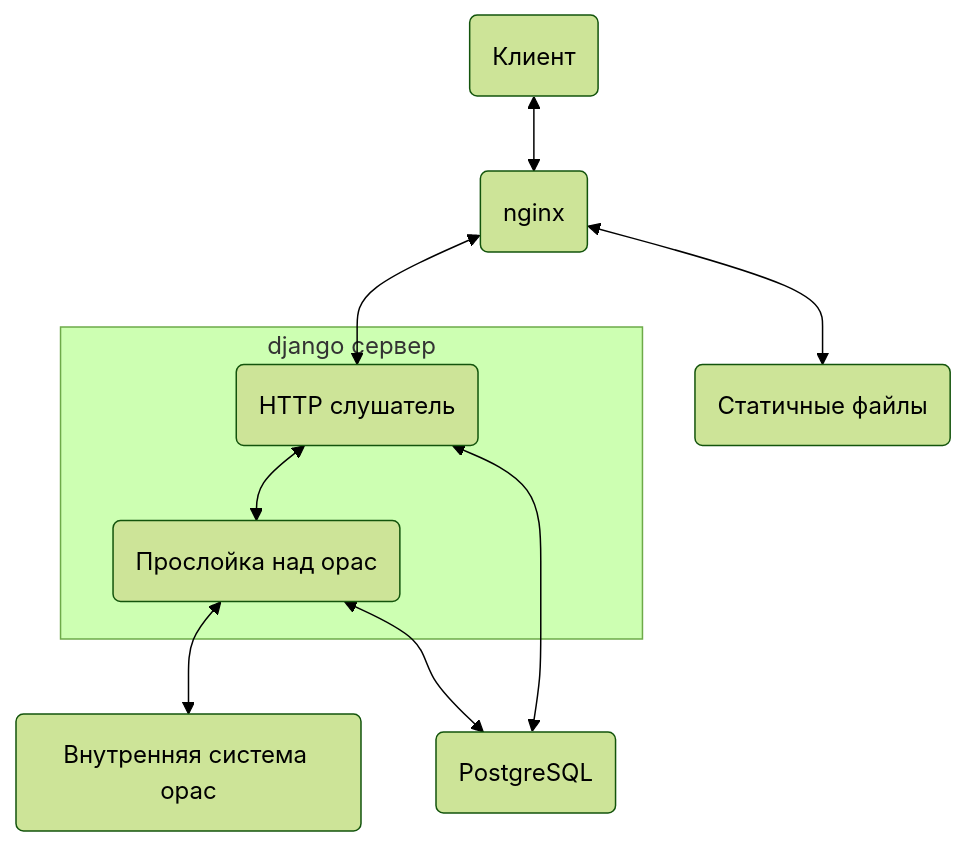
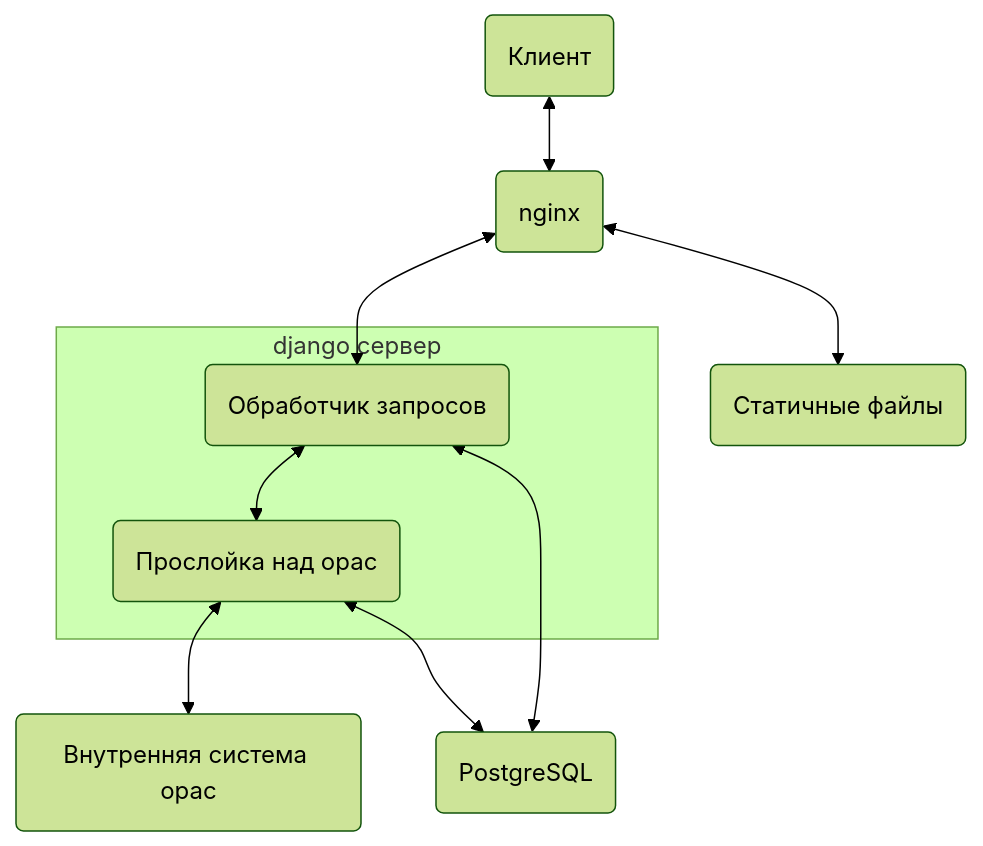
Before and after one commit to nnn1ki/library-online: the first of 2 diagrams in README.md, drawn with Mermaid (forest theme). The commit also changed other lines of this file and 36 other files, not shown here.

````diff
--- a/README.md
+++ b/README.md
@@ -15,14 +15,14 @@
 ```mermaid
 graph TD
     client(Клиент) <--> nginx(nginx)
     nginx <--> static(Статичные файлы)
-    nginx <--> listener(HTTP слушатель)
-    psql(PostgreSQL) <--> listener
+    nginx <--> handler(Обработчик запросов)
+    psql(PostgreSQL) <--> handler
 
     subgraph django сервер
-    listener <--> cacher(Прослойка над opac)
+    handler <--> cacher(Прослойка над opac)
     end
     
     cacher <--> opac(Внутренняя система opac)
     cacher <--> psql
 ```
````
